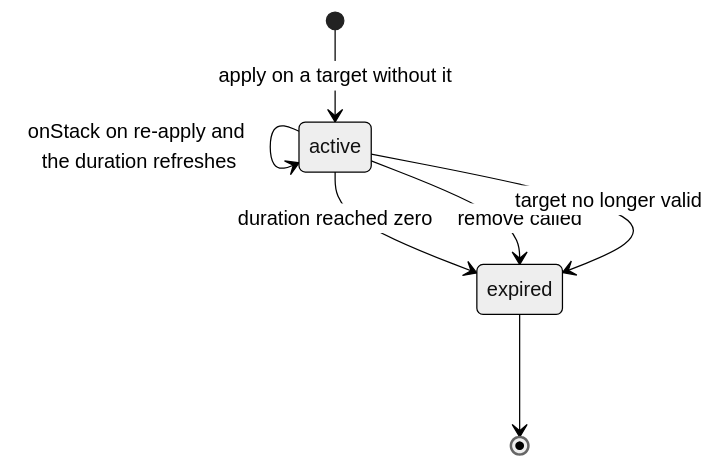
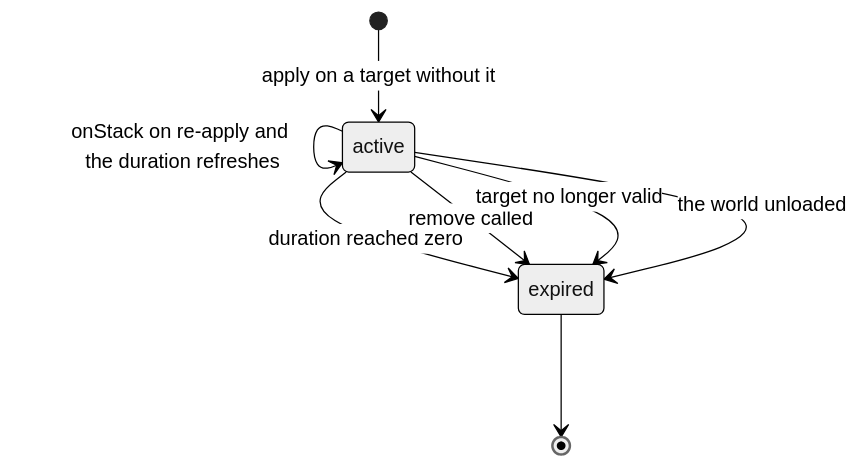
One commit to dr-mikan/PalForge changed the eighth of 8 diagrams in docs/content/docs/concepts/lifecycle.ja.mdx. Above: the diagram before and after it, drawn with Mermaid (neutral theme). The commit also changed other lines of this file and 84 other files, not shown here.

````diff
--- a/docs/content/docs/concepts/lifecycle.ja.mdx
+++ b/docs/content/docs/concepts/lifecycle.ja.mdx
@@ -632,10 +770,11 @@
 ```mermaid
 stateDiagram-v2
     [*] --> active: apply on a target without it
     active --> active: onTick every interval seconds
     active --> active: onStack on re-apply and the duration refreshes
     active --> expired: duration reached zero
     active --> expired: remove called
     active --> expired: target no longer valid
+    active --> expired: the world unloaded
     expired --> [*]
 ```
````
